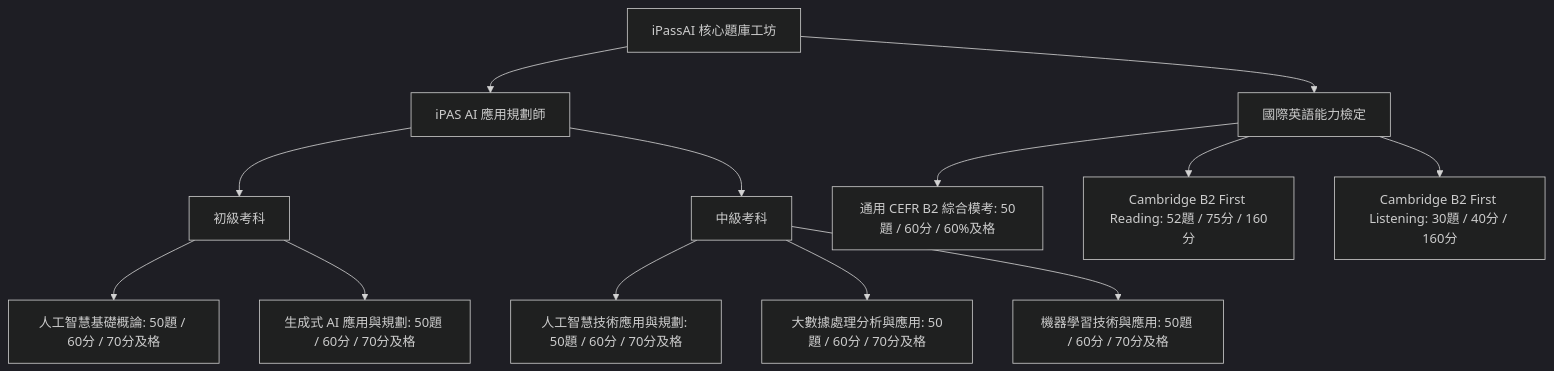
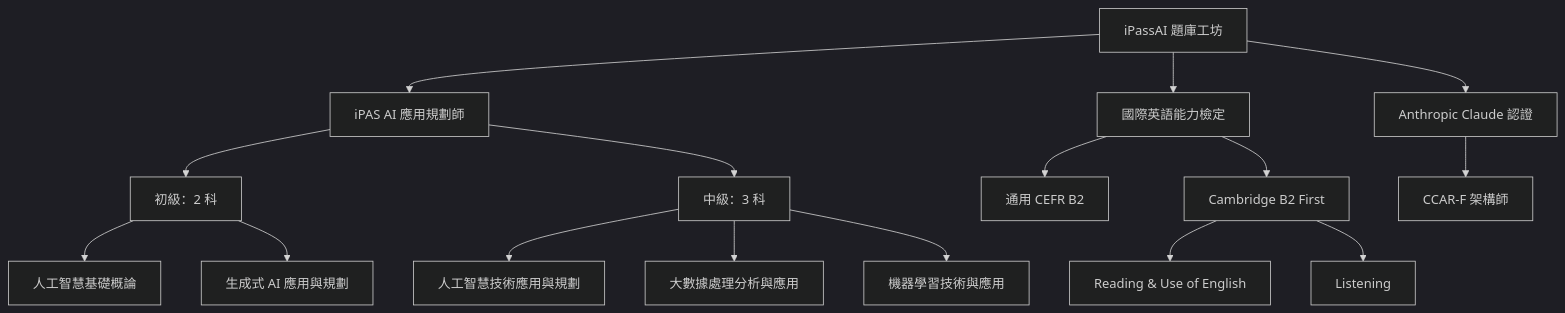
The diagram in docs/PROJECT_PLAN.md (dofliu/iPassAI), drawn with Mermaid (dark theme) before and after one commit. The commit also changed other lines of this file and 15 other files, not shown here.

````diff
--- a/docs/PROJECT_PLAN.md
+++ b/docs/PROJECT_PLAN.md
@@ -34,19 +46,20 @@
 ```mermaid
 graph TD
-    A[iPassAI 核心題庫工坊] --> B[iPAS AI 應用規劃師]
+    A[iPassAI 題庫工坊] --> B[iPAS AI 應用規劃師]
     A --> C[國際英語能力檢定]
-    
-    B --> B1[初級考科]
-    B --> B2[中級考科]
-    
-    B1 --> B1_1[人工智慧基礎概論: 50題 / 60分 / 70分及格]
-    B1 --> B1_2[生成式 AI 應用與規劃: 50題 / 60分 / 70分及格]
-    
-    B2 --> B2_1[人工智慧技術應用與規劃: 50題 / 60分 / 70分及格]
-    B2 --> B2_2[大數據處理分析與應用: 50題 / 60分 / 70分及格]
-    B2 --> B2_3[機器學習技術與應用: 50題 / 60分 / 70分及格]
-    
-    C --> C1[通用 CEFR B2 綜合模考: 50題 / 60分 / 60%及格]
-    C --> C2[Cambridge B2 First Reading: 52題 / 75分 / 160分]
-    C --> C3[Cambridge B2 First Listening: 30題 / 40分 / 160分]
+    A --> D[Anthropic Claude 認證]
+
+    B --> B1[初級：2 科]
+    B --> B2[中級：3 科]
+    C --> C1[通用 CEFR B2]
+    C --> C2[Cambridge B2 First]
+    D --> D1[CCAR-F 架構師]
+
+    B1 --> B1_1[人工智慧基礎概論]
+    B1 --> B1_2[生成式 AI 應用與規劃]
+    B2 --> B2_1[人工智慧技術應用與規劃]
+    B2 --> B2_2[大數據處理分析與應用]
+    B2 --> B2_3[機器學習技術與應用]
+    C2 --> C2_1[Reading & Use of English]
+    C2 --> C2_2[Listening]
 ```
````
